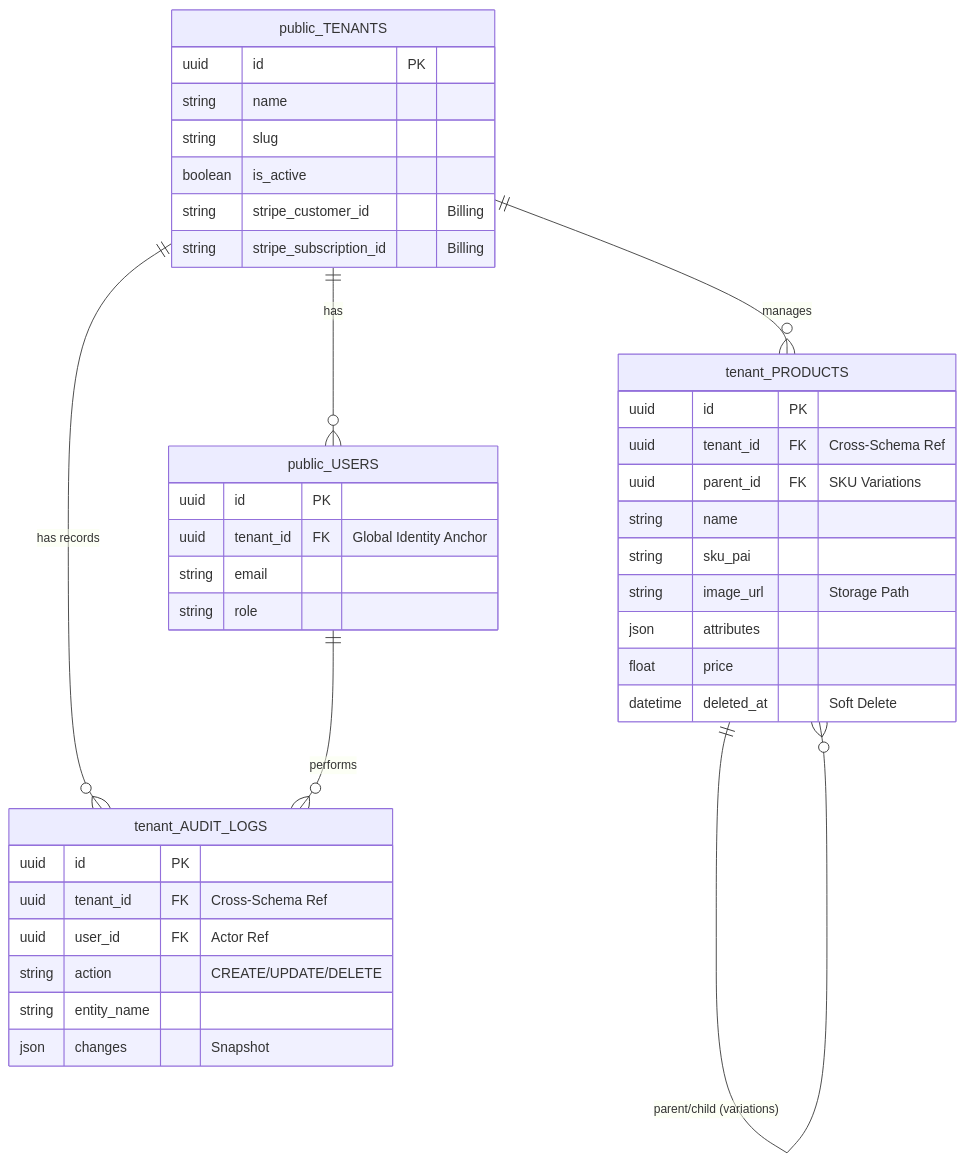
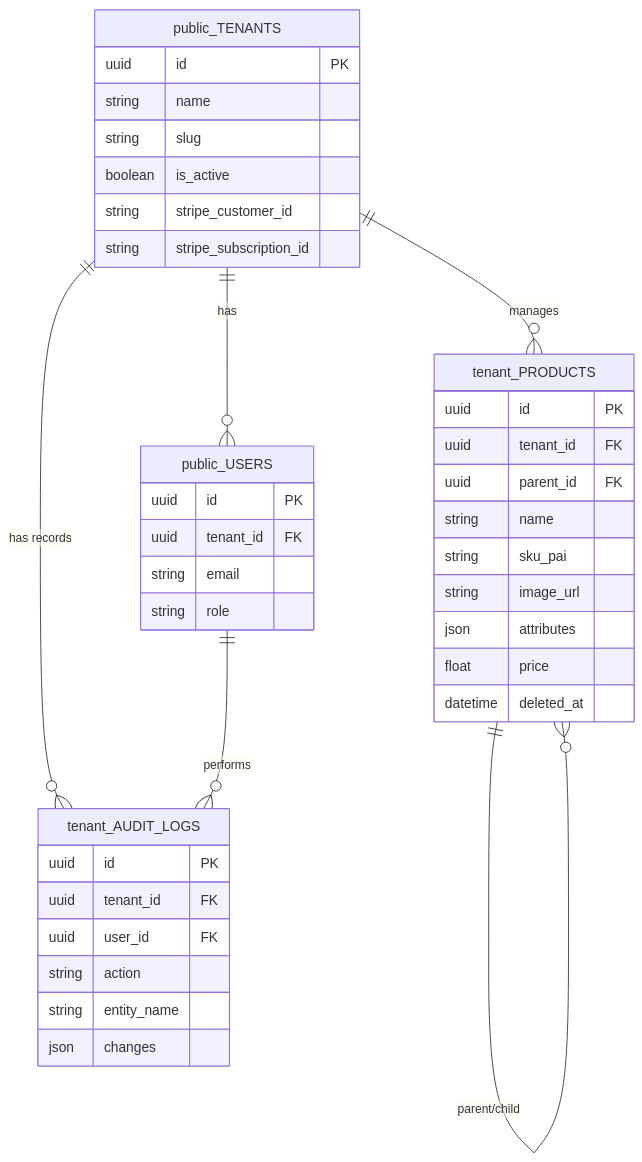
One commit to ccerks/nexcore-saas-api changed the second of 2 diagrams in README.md. Above: the diagram before and after it, drawn with Mermaid. The commit also changed other lines of this file, not shown here.

Commit message:
docs(readme): finalize v2.0.0--beta enterprise docs and update roadmap

````diff
--- a/README.md
+++ b/README.md
@@ -32,48 +51,45 @@
 ```mermaid
 erDiagram
-    %% GLOBAL MAP (public schema)
     public_TENANTS ||--o{ public_USERS : "has"
-    
-    %% ISOLATED ZONES (tenant_* schemas)
     public_TENANTS ||--o{ tenant_PRODUCTS : "manages"
     public_TENANTS ||--o{ tenant_AUDIT_LOGS : "has records"
     public_USERS ||--o{ tenant_AUDIT_LOGS : "performs"
-    tenant_PRODUCTS ||--o{ tenant_PRODUCTS : "parent/child (variations)"
+    tenant_PRODUCTS ||--o{ tenant_PRODUCTS : "parent/child"
 
     public_TENANTS {
         uuid id PK
         string name
         string slug
         boolean is_active
-        string stripe_customer_id "Billing"
-        string stripe_subscription_id "Billing"
+        string stripe_customer_id
+        string stripe_subscription_id
     }
 
     public_USERS {
         uuid id PK
-        uuid tenant_id FK "Global Identity Anchor"
+        uuid tenant_id FK
         string email
         string role
     }
 
     tenant_PRODUCTS {
         uuid id PK
-        uuid tenant_id FK "Cross-Schema Ref"
-        uuid parent_id FK "SKU Variations"
+        uuid tenant_id FK
+        uuid parent_id FK
         string name
         string sku_pai
-        string image_url "Storage Path"
+        string image_url
         json attributes
         float price
-        datetime deleted_at "Soft Delete"
+        datetime deleted_at
     }
 
     tenant_AUDIT_LOGS {
         uuid id PK
-        uuid tenant_id FK "Cross-Schema Ref"
-        uuid user_id FK "Actor Ref"
-        string action "CREATE/UPDATE/DELETE"
+        uuid tenant_id FK
+        uuid user_id FK
+        string action
         string entity_name
-        json changes "Snapshot"
+        json changes
     }
 ```
````
